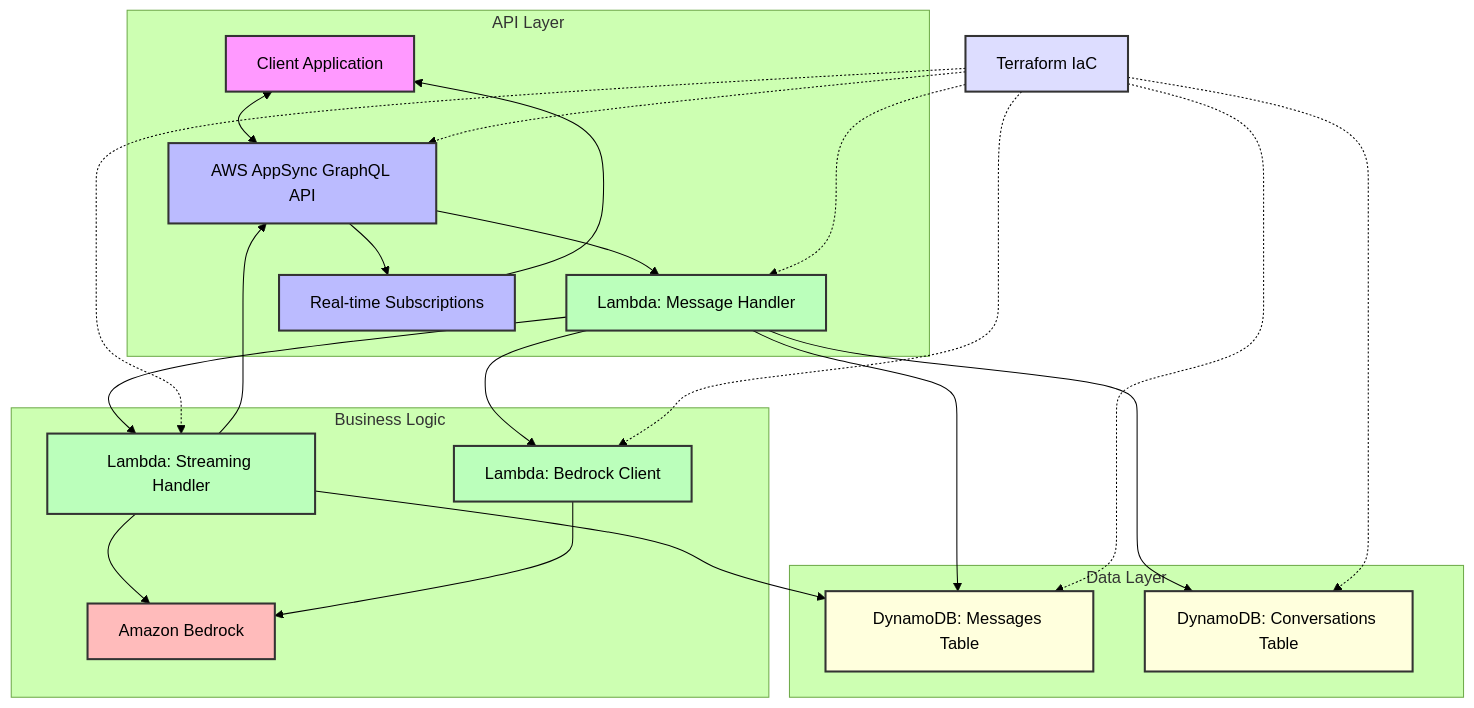
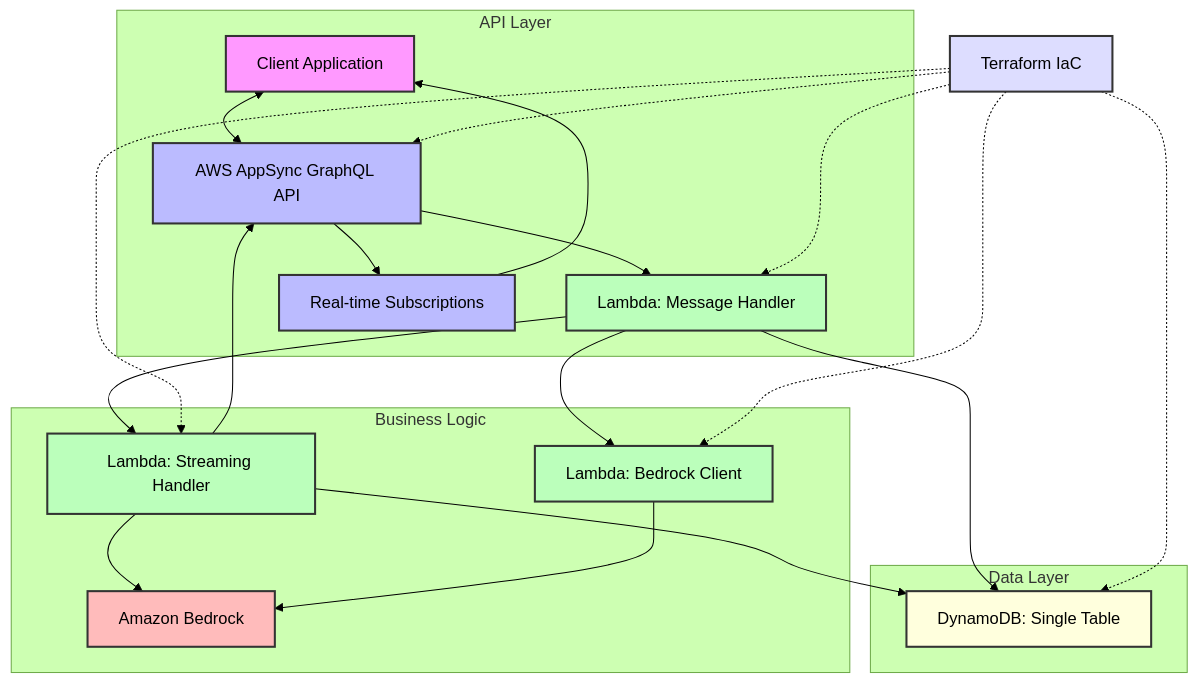
Before and after one commit to aws-samples/sample-aws-appsync-bedrock-chatbot-terraform: the first of 4 diagrams in README.md, drawn with Mermaid (forest theme). The commit also changed other lines of this file and 10 other files, not shown here.

````diff
--- a/README.md
+++ b/README.md
@@ -9,43 +9,40 @@
 ```mermaid
 flowchart TD
     Client[Client Application] <--> AppSync[AWS AppSync GraphQL API]
     
     subgraph "API Layer"
         AppSync --> MessageHandler[Lambda: Message Handler]
         AppSync --> Subscriptions[Real-time Subscriptions]
         Subscriptions --> Client
     end
     
     subgraph "Business Logic"
         MessageHandler --> StreamingHandler[Lambda: Streaming Handler]
         MessageHandler --> BedrockClient[Lambda: Bedrock Client]
         StreamingHandler --> Bedrock[Amazon Bedrock]
         BedrockClient --> Bedrock
     end
     
     subgraph "Data Layer"
-        MessageHandler --> MessagesTable[DynamoDB: Messages Table]
-        MessageHandler --> ConversationsTable[DynamoDB: Conversations Table]
-        StreamingHandler --> MessagesTable
+        MessageHandler --> DynamoDBTable[DynamoDB: Single Table]
+        StreamingHandler --> DynamoDBTable
     end
     
     StreamingHandler --> AppSync
     
     Terraform[Terraform IaC] -.-> AppSync
     Terraform -.-> MessageHandler
     Terraform -.-> BedrockClient
     Terraform -.-> StreamingHandler
-    Terraform -.-> MessagesTable
-    Terraform -.-> ConversationsTable
+    Terraform -.-> DynamoDBTable
     
     style Client fill:#f9f,stroke:#333,stroke-width:2px
     style AppSync fill:#bbf,stroke:#333,stroke-width:2px
     style MessageHandler fill:#bfb,stroke:#333,stroke-width:2px
     style BedrockClient fill:#bfb,stroke:#333,stroke-width:2px
     style StreamingHandler fill:#bfb,stroke:#333,stroke-width:2px
     style Bedrock fill:#fbb,stroke:#333,stroke-width:2px
-    style MessagesTable fill:#ffd,stroke:#333,stroke-width:2px
-    style ConversationsTable fill:#ffd,stroke:#333,stroke-width:2px
+    style DynamoDBTable fill:#ffd,stroke:#333,stroke-width:2px
     style Terraform fill:#ddf,stroke:#333,stroke-width:2px
     style Subscriptions fill:#bbf,stroke:#333,stroke-width:2px
 ```
````
